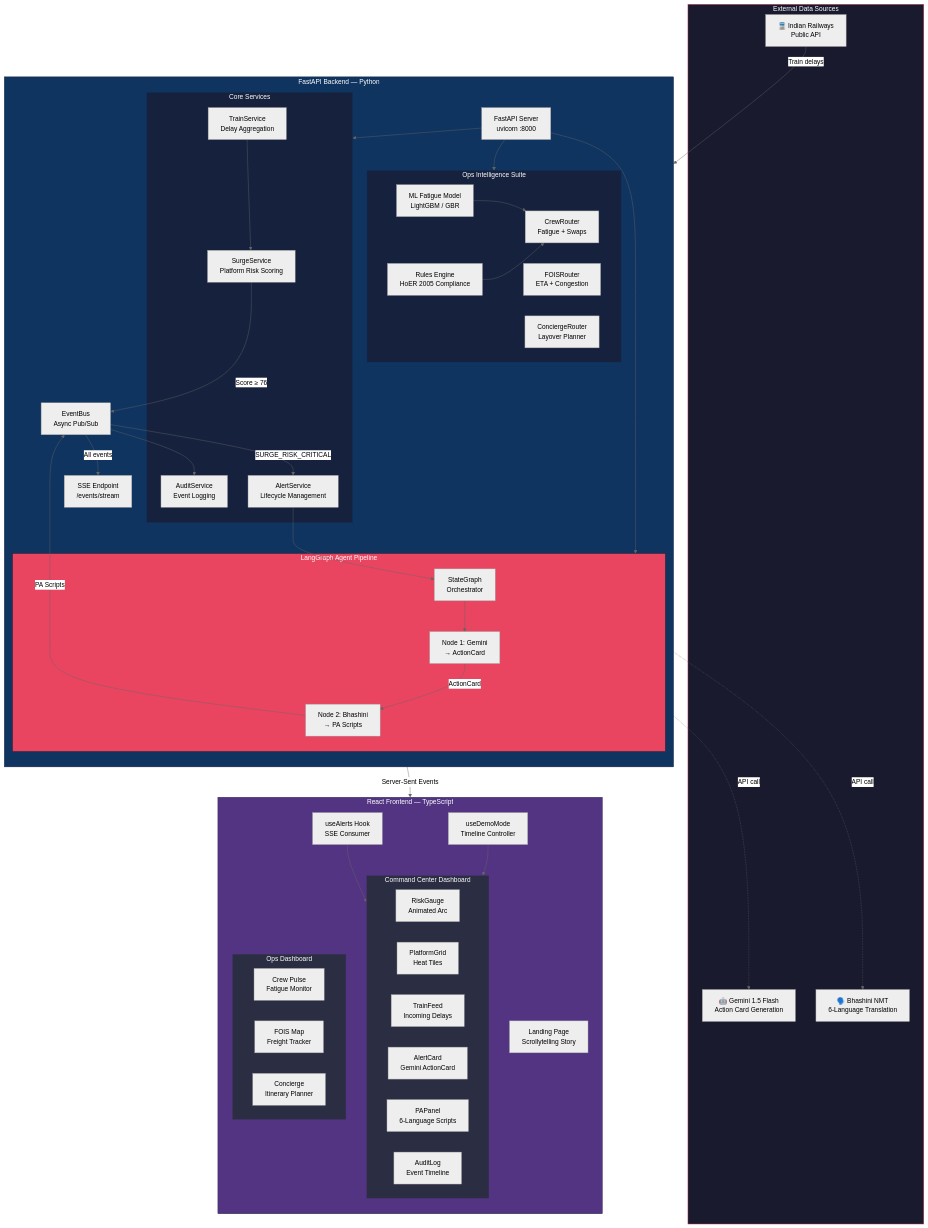
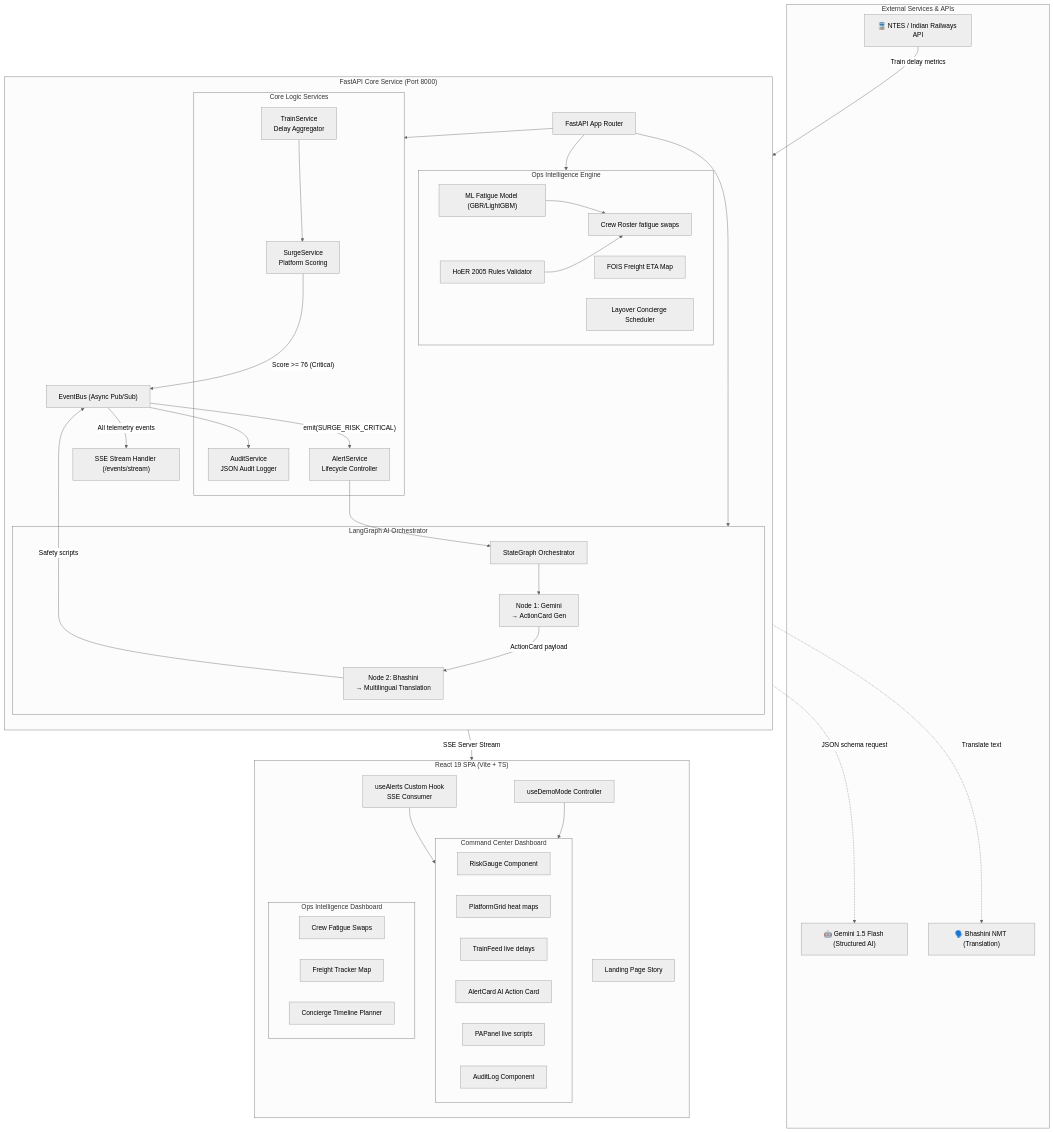
The first of 2 diagrams in README.md (SIBAM890/Zenway), drawn with Mermaid (neutral theme) before and after one commit. The commit also changed other lines of this file, not shown here.

````diff
--- a/README.md
+++ b/README.md
@@ -103,76 +47,76 @@
 ```mermaid
 graph TB
-    subgraph External["External Data Sources"]
-        IR["🚆 Indian Railways<br/>Public API"]
-        GEM["🤖 Gemini 1.5 Flash<br/>Action Card Generation"]
-        BHASH["🗣️ Bhashini NMT<br/>6-Language Translation"]
+    subgraph External["External Services & APIs"]
+        IR["🚆 NTES / Indian Railways API"]
+        GEM["🤖 Gemini 1.5 Flash (Structured AI)"]
+        BHASH["🗣️ Bhashini NMT (Translation)"]
     end
 
-    subgraph Backend["FastAPI Backend — Python"]
+    subgraph Backend["FastAPI Core Service (Port 8000)"]
         direction TB
-        API["FastAPI Server<br/>uvicorn :8000"]
+        API["FastAPI App Router"]
         
-        subgraph Core["Core Services"]
-            SS["SurgeService<br/>Platform Risk Scoring"]
-            TS["TrainService<br/>Delay Aggregation"]
-            AS["AlertService<br/>Lifecycle Management"]
-            AUD["AuditService<br/>Event Logging"]
+        subgraph Core["Core Logic Services"]
+            SS["SurgeService<br/>Platform Scoring"]
+            TS["TrainService<br/>Delay Aggregator"]
+            AS["AlertService<br/>Lifecycle Controller"]
+            AUD["AuditService<br/>JSON Audit Logger"]
         end
 
-        subgraph Agent["LangGraph Agent Pipeline"]
-            AG["StateGraph<br/>Orchestrator"]
-            N1["Node 1: Gemini<br/>→ ActionCard"]
-            N2["Node 2: Bhashini<br/>→ PA Scripts"]
+        subgraph Agent["LangGraph AI Orchestrator"]
+            AG["StateGraph Orchestrator"]
+            N1["Node 1: Gemini<br/>→ ActionCard Gen"]
+            N2["Node 2: Bhashini<br/>→ Multilingual Translation"]
         end
 
-        subgraph Feature2["Ops Intelligence Suite"]
-            CR["CrewRouter<br/>Fatigue + Swaps"]
-            FR["FOISRouter<br/>ETA + Congestion"]
-            LR["ConciergeRouter<br/>Layover Planner"]
-            ML["ML Fatigue Model<br/>LightGBM / GBR"]
-            RE["Rules Engine<br/>HoER 2005 Compliance"]
+        subgraph Feature2["Ops Intelligence Engine"]
+            CR["Crew Roster fatigue swaps"]
+            FR["FOIS Freight ETA Map"]
+            LR["Layover Concierge Scheduler"]
+            ML["ML Fatigue Model (GBR/LightGBM)"]
+            RE["HoER 2005 Rules Validator"]
         end
 
-        EB["EventBus<br/>Async Pub/Sub"]
-        SSE["SSE Endpoint<br/>/events/stream"]
+        EB["EventBus (Async Pub/Sub)"]
+        SSE["SSE Stream Handler (/events/stream)"]
     end
 
-    subgraph Frontend["React Frontend — TypeScript"]
+    subgraph Frontend["React 19 SPA (Vite + TS)"]
         direction TB
-        LP["Landing Page<br/>Scrollytelling Story"]
+        LP["Landing Page Story"]
         
         subgraph Dashboard["Command Center Dashboard"]
-            RG["RiskGauge<br/>Animated Arc"]
-            PG["PlatformGrid<br/>Heat Tiles"]
-            TF["TrainFeed<br/>Incoming Delays"]
-            AC["AlertCard<br/>Gemini ActionCard"]
-            PA["PAPanel<br/>6-Language Scripts"]
-            AL["AuditLog<br/>Event Timeline"]
+            RG["RiskGauge Component"]
+            PG["PlatformGrid heat maps"]
+            TF["TrainFeed live delays"]
+            AC["AlertCard AI Action Card"]
+            PA["PAPanel live scripts"]
+            AL["AuditLog Component"]
         end
 
-        subgraph OPS["Ops Dashboard"]
-            CPD["Crew Pulse<br/>Fatigue Monitor"]
-            FOIS["FOIS Map<br/>Freight Tracker"]
-            CON["Concierge<br/>Itinerary Planner"]
+        subgraph OPS["Ops Intelligence Dashboard"]
+            CPD["Crew Fatigue Swaps"]
+            FOIS["Freight Tracker Map"]
+            CON["Concierge Timeline Planner"]
         end
 
-        HOOK["useAlerts Hook<br/>SSE Consumer"]
-        DEMO["useDemoMode<br/>Timeline Controller"]
+        HOOK["useAlerts Custom Hook<br/>SSE Consumer"]
+        DEMO["useDemoMode Controller"]
     end
 
-    IR -->|"Train delays"| TS
+    IR -->|"Train delay metrics"| TS
     TS --> SS
-    SS -->|"Score ≥ 76"| EB
-    EB -->|"SURGE_RISK_CRITICAL"| AS
+    SS -->|"Score >= 76 (Critical)"| EB
+    EB -->|"emit(SURGE_RISK_CRITICAL)"| AS
     AS --> AG
     AG --> N1
-    N1 -->|"ActionCard"| N2
-    N2 -->|"PA Scripts"| EB
-    N1 -.->|"API call"| GEM
-    N2 -.->|"API call"| BHASH
-    EB -->|"All events"| SSE
+    N1 -->|"ActionCard payload"| N2
+    N2 -->|"Safety scripts"| EB
+    N1 -.->|"JSON schema request"| GEM
+    N2 -.->|"Translate text"| BHASH
+    EB -->|"All telemetry events"| SSE
     EB --> AUD
-    SSE -->|"Server-Sent Events"| HOOK
+    SSE -->|"SSE Server Stream"| HOOK
     HOOK --> Dashboard
     DEMO --> Dashboard
     API --> Core
@@ -180,13 +124,4 @@
     API --> Feature2
     ML --> CR
     RE --> CR
-
-    style External fill:#1a1a2e,stroke:#e94560,color:#fff
-    style Backend fill:#0f3460,stroke:#16213e,color:#fff
-    style Frontend fill:#533483,stroke:#2b2d42,color:#fff
-    style Agent fill:#e94560,stroke:#1a1a2e,color:#fff
-    style Core fill:#16213e,stroke:#0f3460,color:#fff
-    style Feature2 fill:#16213e,stroke:#0f3460,color:#fff
-    style Dashboard fill:#2b2d42,stroke:#533483,color:#fff
-    style OPS fill:#2b2d42,stroke:#533483,color:#fff
 ```
````
